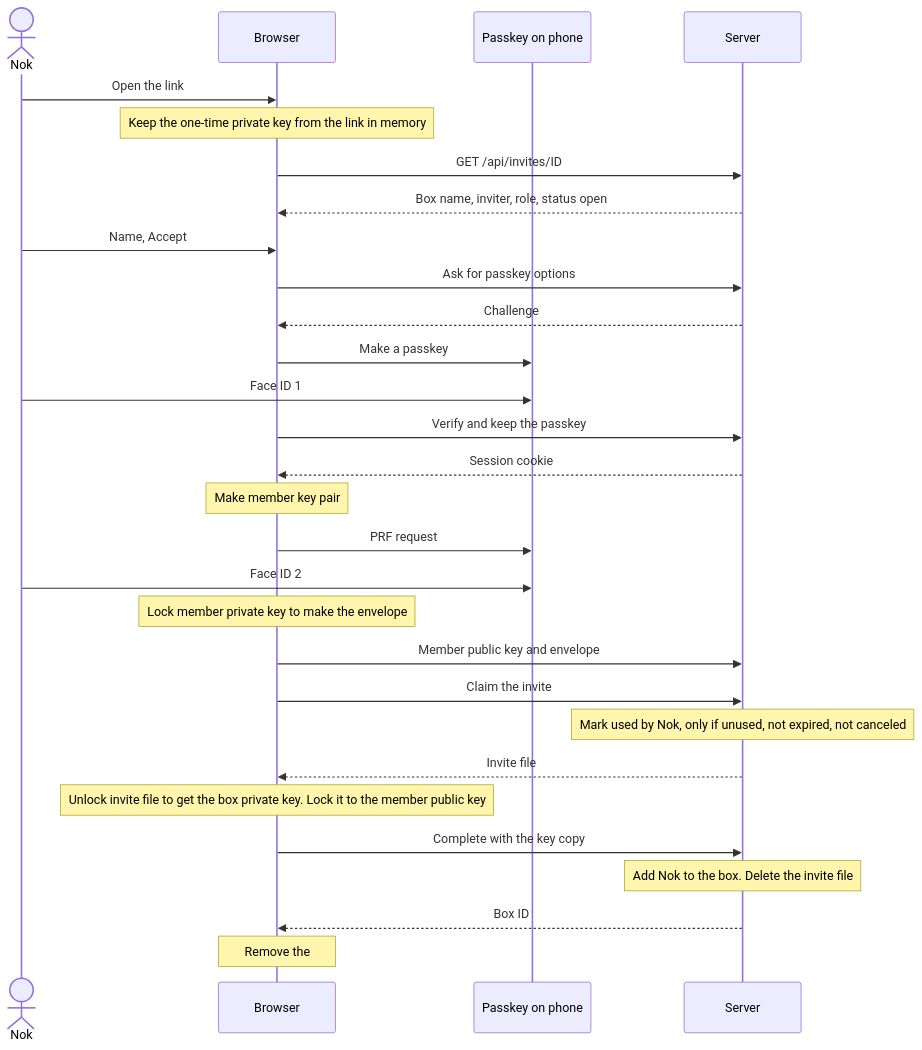
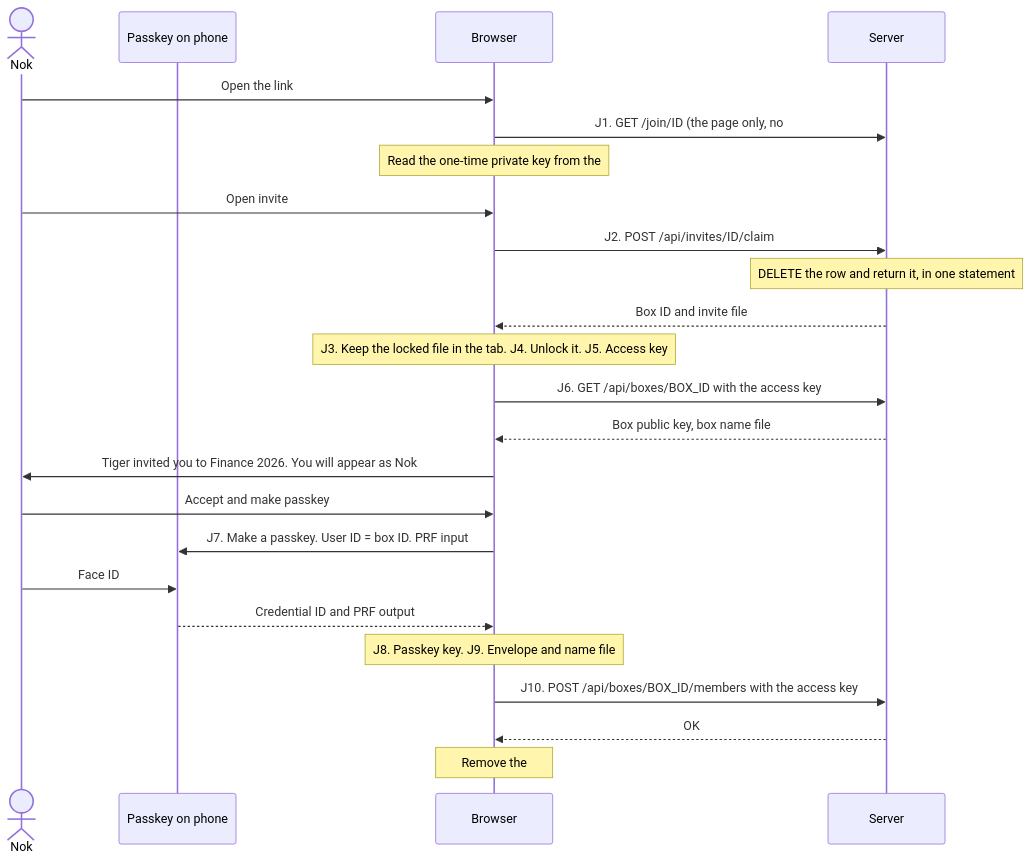
Before and after one commit to intaniger/secretbox: the first of 2 diagrams in docs/05-use-invite.md, drawn with Mermaid. The commit also changed other lines of this file and 30 other files, not shown here.

````diff
--- a/docs/05-use-invite.md
+++ b/docs/05-use-invite.md
@@ -39,31 +35,26 @@
 ```mermaid
 sequenceDiagram
   actor N as Nok
+  participant P as Passkey on phone
   participant B as Browser
-  participant P as Passkey on phone
   participant S as Server
   N->>B: Open the link
-  Note over B: Keep the one-time private key from the link in memory
-  B->>S: GET /api/invites/ID
-  S-->>B: Box name, inviter, role, status open
-  N->>B: Name, Accept
-  B->>S: Ask for passkey options
-  S-->>B: Challenge
-  B->>P: Make a passkey
-  N->>P: Face ID 1
-  B->>S: Verify and keep the passkey
-  S-->>B: Session cookie
-  Note over B: Make member key pair
-  B->>P: PRF request
-  N->>P: Face ID 2
-  Note over B: Lock member private key to make the envelope
-  B->>S: Member public key and envelope
-  B->>S: Claim the invite
-  Note over S: Mark used by Nok, only if unused, not expired, not canceled
-  S-->>B: Invite file
-  Note over B: Unlock invite file to get the box private key. Lock it to the member public key
-  B->>S: Complete with the key copy
-  Note over S: Add Nok to the box. Delete the invite file
-  S-->>B: Box ID
-  Note over B: Remove the # part from the address bar
+  B->>S: J1. GET /join/ID (the page only, no # part)
+  Note over B: Read the one-time private key from the # part
+  N->>B: Open invite
+  B->>S: J2. POST /api/invites/ID/claim
+  Note over S: DELETE the row and return it, in one statement
+  S-->>B: Box ID and invite file
+  Note over B: J3. Keep the locked file in the tab. J4. Unlock it. J5. Access key
+  B->>S: J6. GET /api/boxes/BOX_ID with the access key
+  S-->>B: Box public key, box name file
+  B->>N: Tiger invited you to Finance 2026. You will appear as Nok
+  N->>B: Accept and make passkey
+  B->>P: J7. Make a passkey. User ID = box ID. PRF input
+  N->>P: Face ID
+  P-->>B: Credential ID and PRF output
+  Note over B: J8. Passkey key. J9. Envelope and name file
+  B->>S: J10. POST /api/boxes/BOX_ID/members with the access key
+  S-->>B: OK
+  Note over B: Remove the # part from the address. The box is open
 ```
````
